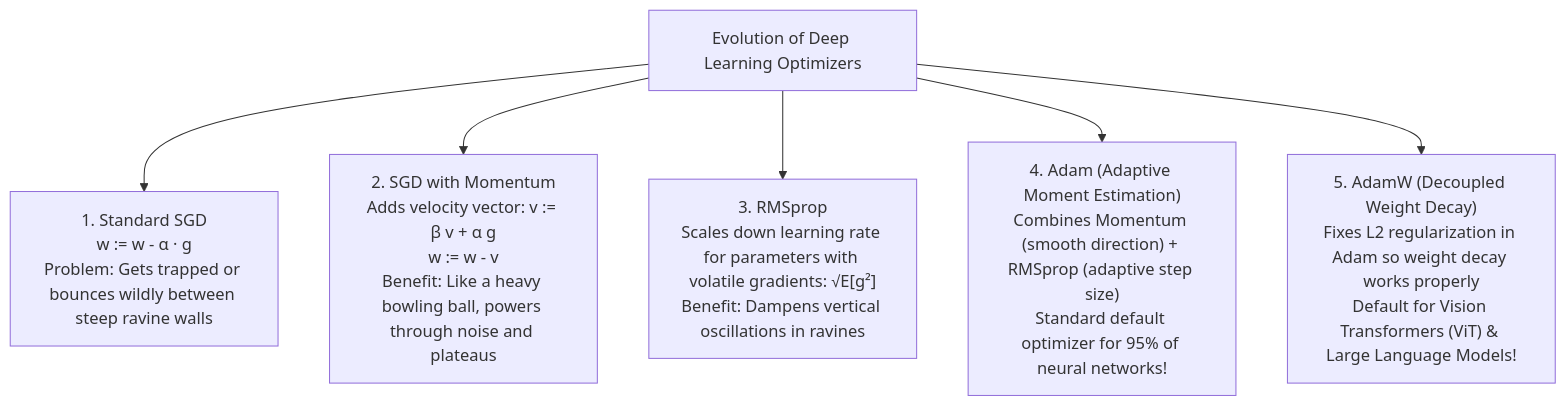
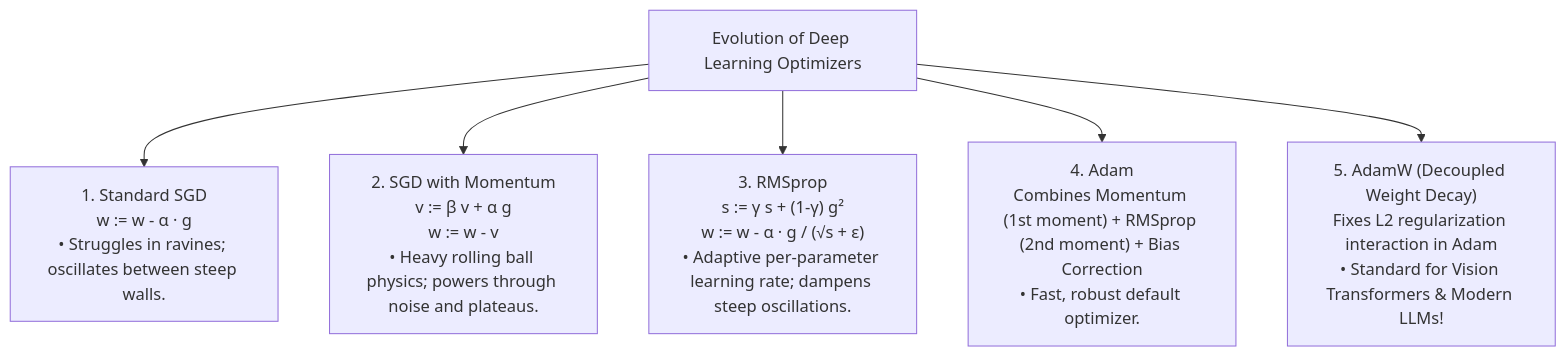
Before and after one commit to jashu-16/cv_engineering: the tenth of 10 diagrams in docs/00-math-foundations/level-02-calculus-optimization.md, drawn with Mermaid. The commit also changed other lines of this file and 5 other files, not shown here.

````diff
--- a/docs/00-math-foundations/level-02-calculus-optimization.md
+++ b/docs/00-math-foundations/level-02-calculus-optimization.md
@@ -274,10 +717,10 @@
 ```mermaid
 flowchart TD
     Opt["Evolution of Deep Learning Optimizers"]
     
-    Opt --> SGD["1. Standard SGD\nw := w - α · g\nProblem: Gets trapped or bounces wildly between steep ravine walls"]
-    Opt --> SGDM["2. SGD with Momentum\nAdds velocity vector: v := β v + α g\nw := w - v\nBenefit: Like a heavy bowling ball, powers through noise and plateaus"]
-    Opt --> RMS["3. RMSprop\nScales down learning rate for parameters with volatile gradients: √E[g²]\nBenefit: Dampens vertical oscillations in ravines"]
-    Opt --> Adam["4. Adam (Adaptive Moment Estimation)\nCombines Momentum (smooth direction) + RMSprop (adaptive step size)\nStandard default optimizer for 95% of neural networks!"]
-    Opt --> AdamW["5. AdamW (Decoupled Weight Decay)\nFixes L2 regularization in Adam so weight decay works properly\nDefault for Vision Transformers (ViT) & Large Language Models!"]
+    Opt --> SGD["1. Standard SGD\nw := w - α · g\n• Struggles in ravines; oscillates between steep walls."]
+    Opt --> SGDM["2. SGD with Momentum\nv := β v + α g\nw := w - v\n• Heavy rolling ball physics; powers through noise and plateaus."]
+    Opt --> RMS["3. RMSprop\ns := γ s + (1-γ) g²\nw := w - α · g / (√s + ε)\n• Adaptive per-parameter learning rate; dampens steep oscillations."]
+    Opt --> Adam["4. Adam\nCombines Momentum (1st moment) + RMSprop (2nd moment) + Bias Correction\n• Fast, robust default optimizer."]
+    Opt --> AdamW["5. AdamW (Decoupled Weight Decay)\nFixes L2 regularization interaction in Adam\n• Standard for Vision Transformers & Modern LLMs!"]
 ```
````
